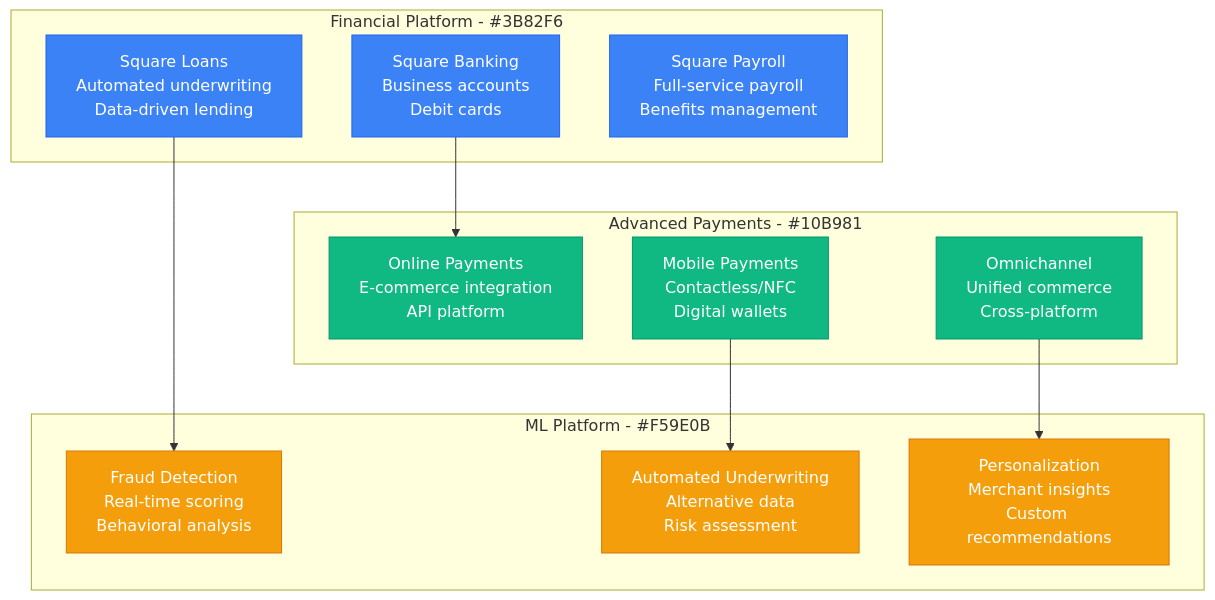
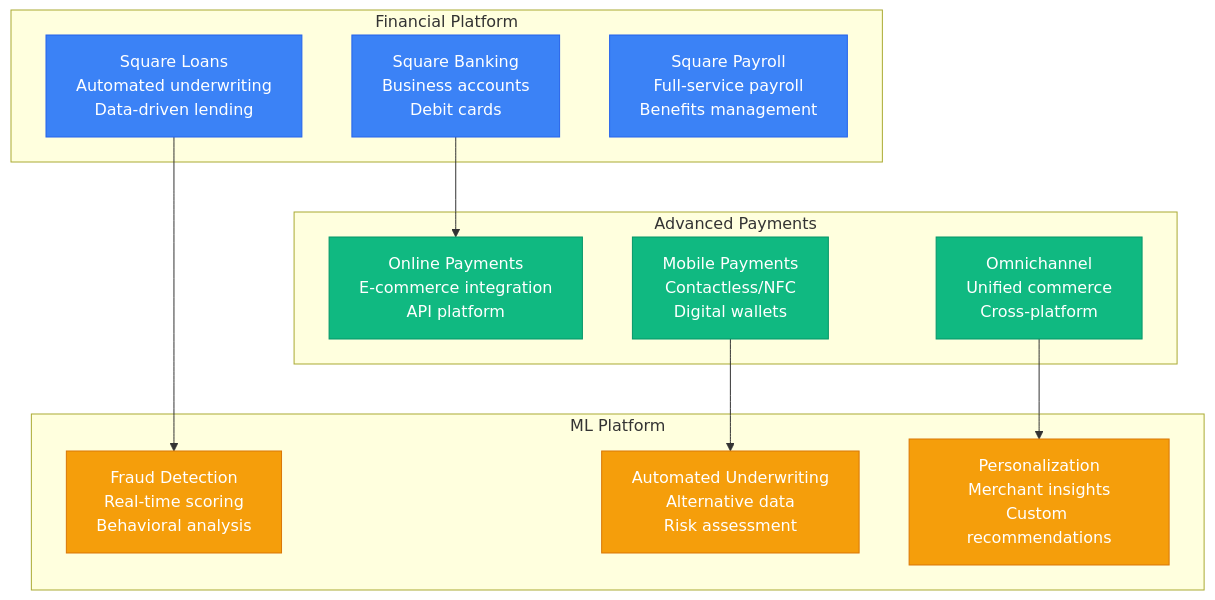
Before and after one commit to deepaucksharma/DS: the third of 3 diagrams in site/docs/scaling/square-scale-evolution.md, drawn with Mermaid. The commit also changed other lines of this file and 169 other files, not shown here.

````diff
--- a/site/docs/scaling/square-scale-evolution.md
+++ b/site/docs/scaling/square-scale-evolution.md
@@ -111,33 +111,33 @@
 ```mermaid
 graph TB
-    subgraph FinancialPlatform[Financial Platform - #3B82F6]
+    subgraph FinancialPlatform["Financial Platform"]
         SQUARE_BANKING[Square Banking<br/>Business accounts<br/>Debit cards]
         SQUARE_LOANS[Square Loans<br/>Automated underwriting<br/>Data-driven lending]
         SQUARE_PAYROLL[Square Payroll<br/>Full-service payroll<br/>Benefits management]
     end
 
-    subgraph AdvancedPayments[Advanced Payments - #10B981]
+    subgraph AdvancedPayments["Advanced Payments"]
         ONLINE_PAYMENTS[Online Payments<br/>E-commerce integration<br/>API platform]
         MOBILE_PAYMENTS[Mobile Payments<br/>Contactless/NFC<br/>Digital wallets]
         OMNICHANNEL[Omnichannel<br/>Unified commerce<br/>Cross-platform]
     end
 
-    subgraph MLPlatform[ML Platform - #F59E0B]
+    subgraph MLPlatform["ML Platform"]
         FRAUD_DETECTION[Fraud Detection<br/>Real-time scoring<br/>Behavioral analysis]
         UNDERWRITING[Automated Underwriting<br/>Alternative data<br/>Risk assessment]
         PERSONALIZATION[Personalization<br/>Merchant insights<br/>Custom recommendations]
     end
 
     SQUARE_BANKING --> ONLINE_PAYMENTS
     SQUARE_LOANS --> FRAUD_DETECTION
     MOBILE_PAYMENTS --> UNDERWRITING
     OMNICHANNEL --> PERSONALIZATION
 
     classDef financialStyle fill:#3B82F6,stroke:#2563EB,color:#fff
     classDef paymentsStyle fill:#10B981,stroke:#059669,color:#fff
     classDef mlStyle fill:#F59E0B,stroke:#D97706,color:#fff
 
     class SQUARE_BANKING,SQUARE_LOANS,SQUARE_PAYROLL financialStyle
     class ONLINE_PAYMENTS,MOBILE_PAYMENTS,OMNICHANNEL paymentsStyle
     class FRAUD_DETECTION,UNDERWRITING,PERSONALIZATION mlStyle
 ```
````
